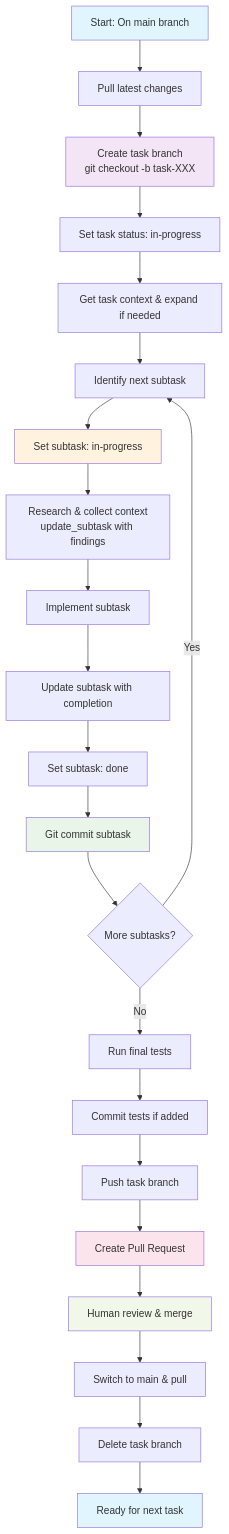
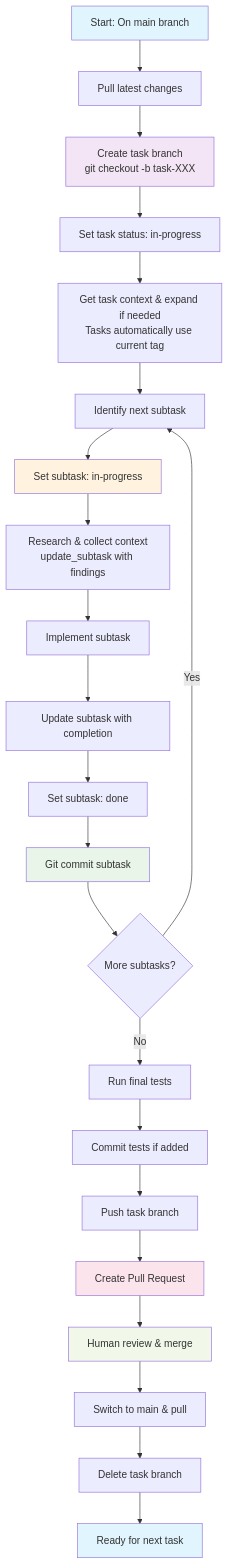
Before and after one commit to wei/claude-task-master: the diagram in .cursor/rules/git_workflow.mdc, drawn with Mermaid. The commit also changed other lines of this file and 28 other files, not shown here.

First line of the commit message:
feat(mcp): Add tagInfo to responses and integrate ContextGatherer

````diff
--- a/.cursor/rules/git_workflow.mdc
+++ b/.cursor/rules/git_workflow.mdc
@@ -32,35 +51,35 @@
 ```mermaid
 flowchart TD
     A[Start: On main branch] --> B[Pull latest changes]
     B --> C[Create task branch<br/>git checkout -b task-XXX]
     C --> D[Set task status: in-progress]
-    D --> E[Get task context & expand if needed]
+    D --> E[Get task context & expand if needed<br/>Tasks automatically use current tag]
     E --> F[Identify next subtask]
     
     F --> G[Set subtask: in-progress]
     G --> H[Research & collect context<br/>update_subtask with findings]
     H --> I[Implement subtask]
     I --> J[Update subtask with completion]
     J --> K[Set subtask: done]
     K --> L[Git commit subtask]
     
     L --> M{More subtasks?}
     M -->|Yes| F
     M -->|No| N[Run final tests]
     
     N --> O[Commit tests if added]
     O --> P[Push task branch]
     P --> Q[Create Pull Request]
     Q --> R[Human review & merge]
     R --> S[Switch to main & pull]
     S --> T[Delete task branch]
     T --> U[Ready for next task]
     
     style A fill:#e1f5fe
     style C fill:#f3e5f5
     style G fill:#fff3e0
     style L fill:#e8f5e8
     style Q fill:#fce4ec
     style R fill:#f1f8e9
     style U fill:#e1f5fe
 ```
````
